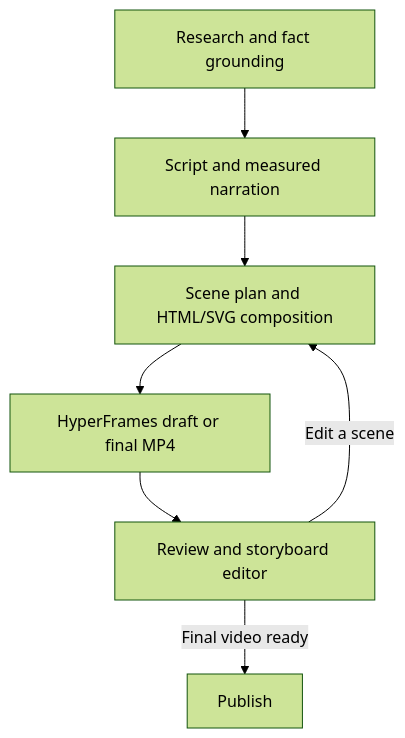
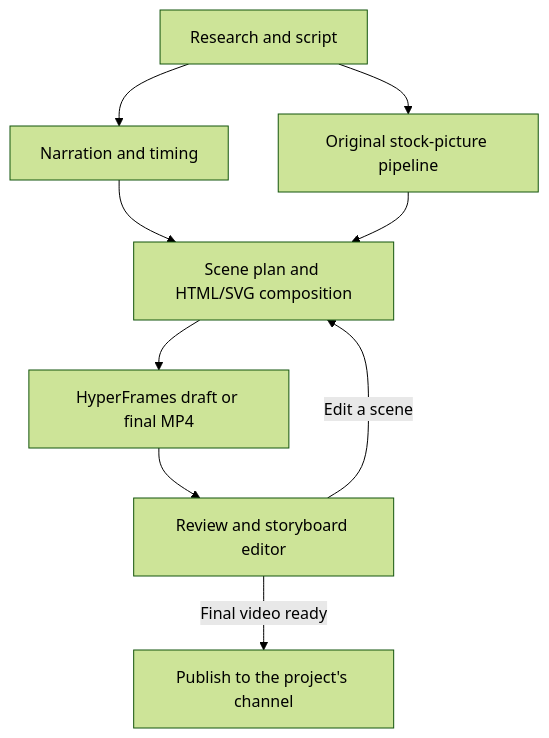
The diagram in README.md (al3ahel/youtube-agentic-ai-studio), drawn with Mermaid (forest theme) before and after one commit. The commit also changed other lines of this file and 80 other files, not shown here.

````diff
--- a/README.md
+++ b/README.md
@@ -153,9 +183,11 @@
 ```mermaid
 flowchart TD
-    A["Research and fact grounding"] --> B["Script and measured narration"]
-    B --> C["Scene plan and HTML/SVG composition"]
-    C --> D["HyperFrames draft or final MP4"]
-    D --> E["Review and storyboard editor"]
-    E -->|Edit a scene| C
-    E -->|Final video ready| F["Publish"]
+    A["Research and script"] --> B["Narration and timing"]
+    A --> C["Original stock-picture pipeline"]
+    B --> D["Scene plan and HTML/SVG composition"]
+    C --> D
+    D --> E["HyperFrames draft or final MP4"]
+    E --> F["Review and storyboard editor"]
+    F -->|Edit a scene| D
+    F -->|Final video ready| G["Publish to the project's channel"]
 ```
````
